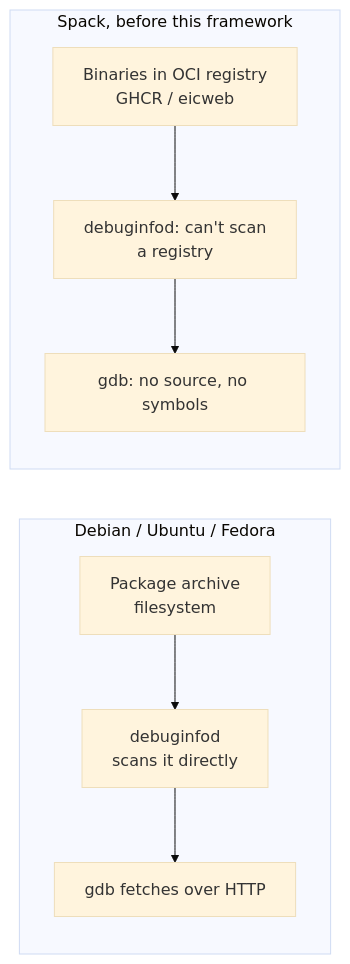
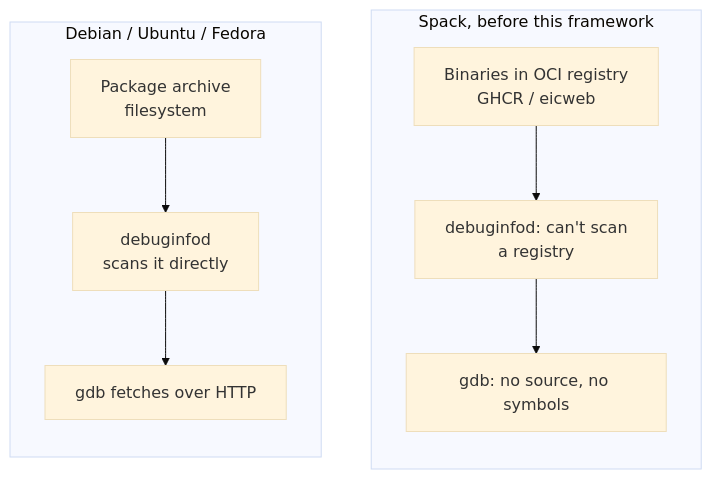
The first of 2 diagrams in eic_integration/README.md (SebastianPaucar/Spack-Debuggable-Installations), drawn with Mermaid (base theme) before and after one commit.

````diff
--- a/eic_integration/README.md
+++ b/eic_integration/README.md
@@ -15,18 +15,20 @@
 ```mermaid
 flowchart LR
-    subgraph "Debian / Ubuntu / Fedora"
+    subgraph Debian["Debian / Ubuntu / Fedora"]
         direction TB
         A1[Package archive<br/>filesystem]
         A2[debuginfod<br/>scans it directly]
         A3[gdb fetches over HTTP]
         A1 --> A2 --> A3
     end
 
-    subgraph "Spack, before this framework"
+    subgraph Spack["Spack, before this framework"]
         direction TB
         B1[Binaries in OCI registry<br/>GHCR / eicweb]
         B2[debuginfod: can't scan<br/>a registry]
         B3[gdb: no source, no symbols]
         B1 --> B2 --> B3
     end
+
+    Debian ~~~ Spack
 ```
````
